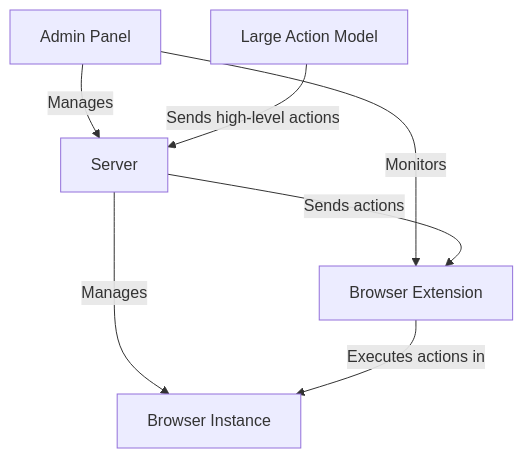
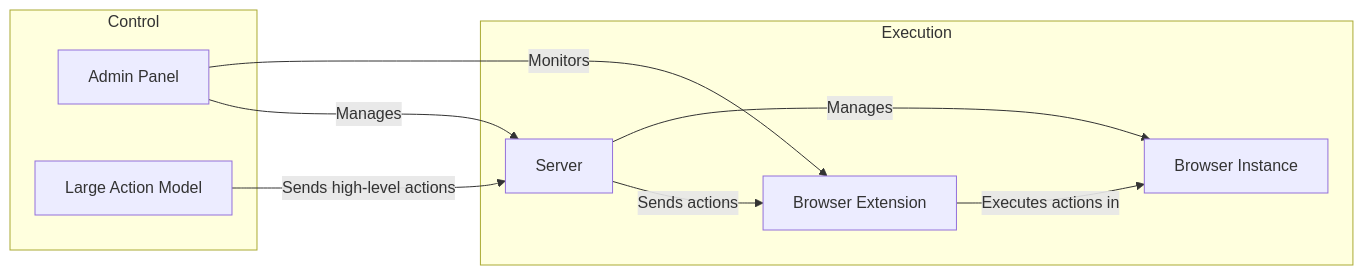
One commit to daniellionel01/spider changed the diagram in README.md. Above: the diagram before and after it, drawn with Mermaid.

````diff
--- a/README.md
+++ b/README.md
@@ -18,15 +18,20 @@
 ```mermaid
-graph TD
-    Admin[Admin Panel]
-    LAM[Large Action Model]
-    Server[Server]
-    Extension[Browser Extension]
-    Browser[Browser Instance]
+graph LR
+    subgraph Control
+        Admin[Admin Panel]
+        LAM[Large Action Model]
+    end
+
+    subgraph Execution
+        Server[Server]
+        Extension[Browser Extension]
+        Browser[Browser Instance]
+    end
 
     Admin -- "Manages" --> Server
     Admin -- "Monitors" --> Extension
     LAM -- "Sends high-level actions" --> Server
     Server -- "Sends actions" --> Extension
     Server -- "Manages" --> Browser
     Extension -- "Executes actions in" --> Browser
 ```
````
